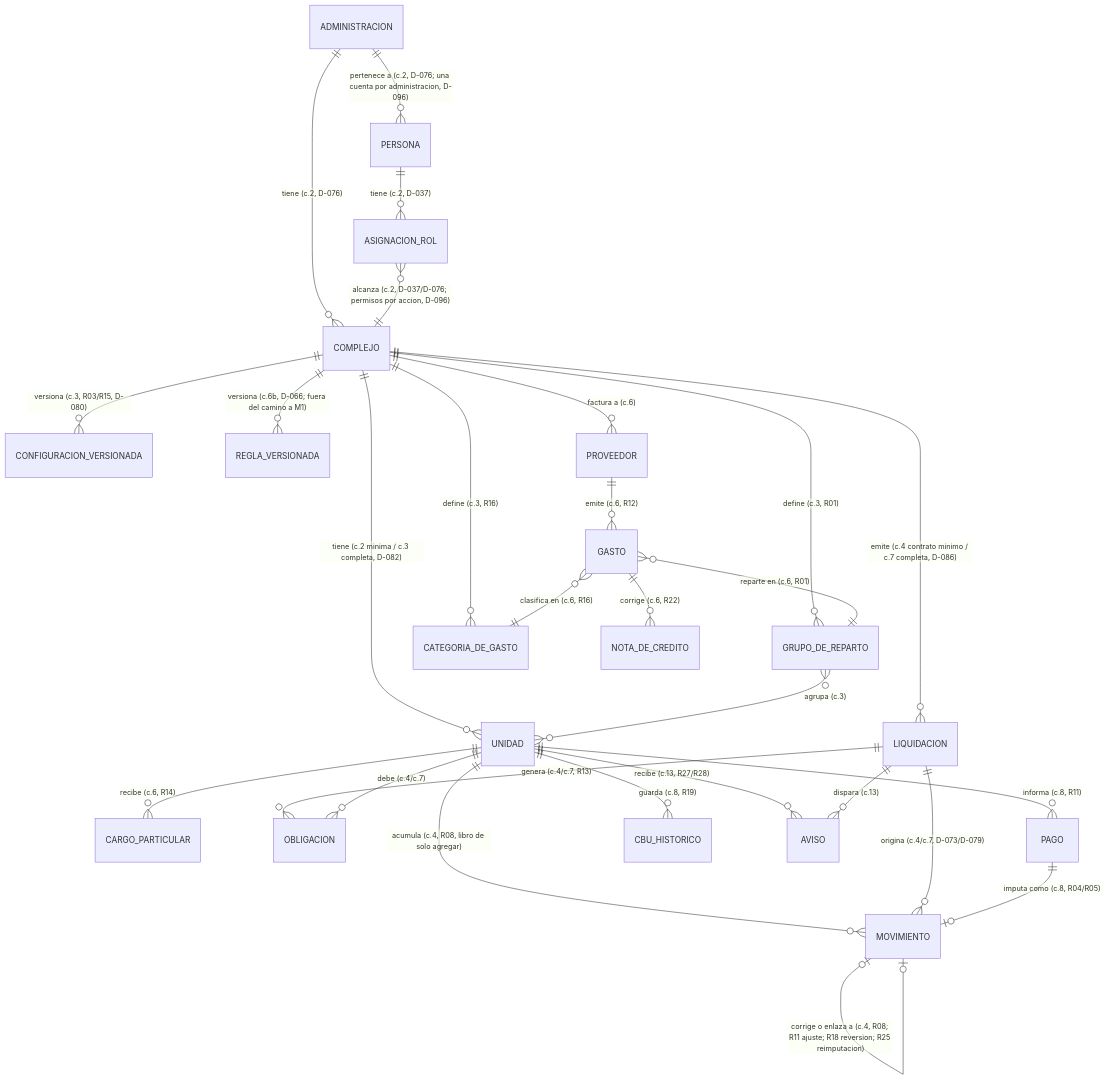
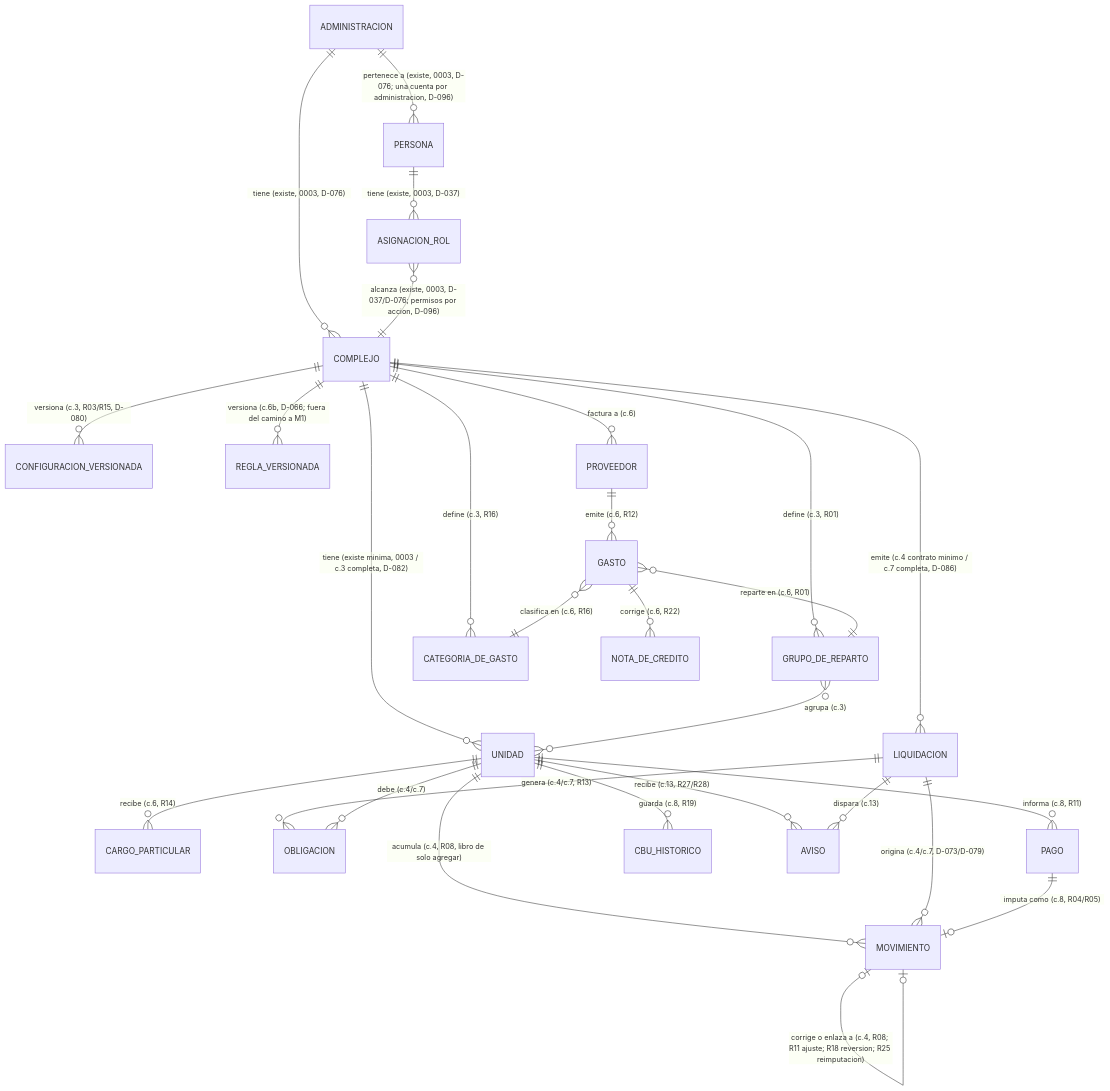
Before and after one commit to JuaniSarmiento/proptech: the second of 2 diagrams in knowledge-base/04_modelo_de_datos.md, drawn with Mermaid. The commit also changed other lines of this file and 27 other files, not shown here.

First line of the commit message:
docs(openspec): archivar el 2a aislamiento-por-administracion (D-098)

````diff
--- a/knowledge-base/04_modelo_de_datos.md
+++ b/knowledge-base/04_modelo_de_datos.md
@@ -53,30 +63,30 @@
 ```mermaid
 erDiagram
-    ADMINISTRACION ||--o{ COMPLEJO : "tiene (c.2, D-076)"
-    ADMINISTRACION ||--o{ PERSONA : "pertenece a (c.2, D-076; una cuenta por administracion, D-096)"
-    COMPLEJO ||--o{ UNIDAD : "tiene (c.2 minima / c.3 completa, D-082)"
+    ADMINISTRACION ||--o{ COMPLEJO : "tiene (existe, 0003, D-076)"
+    ADMINISTRACION ||--o{ PERSONA : "pertenece a (existe, 0003, D-076; una cuenta por administracion, D-096)"
+    COMPLEJO ||--o{ UNIDAD : "tiene (existe minima, 0003 / c.3 completa, D-082)"
     COMPLEJO ||--o{ GRUPO_DE_REPARTO : "define (c.3, R01)"
     COMPLEJO ||--o{ CATEGORIA_DE_GASTO : "define (c.3, R16)"
     COMPLEJO ||--o{ CONFIGURACION_VERSIONADA : "versiona (c.3, R03/R15, D-080)"
     COMPLEJO ||--o{ REGLA_VERSIONADA : "versiona (c.6b, D-066; fuera del camino a M1)"
     GRUPO_DE_REPARTO }o--o{ UNIDAD : "agrupa (c.3)"
-    PERSONA ||--o{ ASIGNACION_ROL : "tiene (c.2, D-037)"
-    ASIGNACION_ROL }o--|| COMPLEJO : "alcanza (c.2, D-037/D-076; permisos por accion, D-096)"
+    PERSONA ||--o{ ASIGNACION_ROL : "tiene (existe, 0003, D-037)"
+    ASIGNACION_ROL }o--|| COMPLEJO : "alcanza (existe, 0003, D-037/D-076; permisos por accion, D-096)"
     COMPLEJO ||--o{ PROVEEDOR : "factura a (c.6)"
     PROVEEDOR ||--o{ GASTO : "emite (c.6, R12)"
     GASTO ||--o{ NOTA_DE_CREDITO : "corrige (c.6, R22)"
     GASTO }o--|| GRUPO_DE_REPARTO : "reparte en (c.6, R01)"
     GASTO }o--|| CATEGORIA_DE_GASTO : "clasifica en (c.6, R16)"
     UNIDAD ||--o{ CARGO_PARTICULAR : "recibe (c.6, R14)"
     COMPLEJO ||--o{ LIQUIDACION : "emite (c.4 contrato minimo / c.7 completa, D-086)"
     LIQUIDACION ||--o{ OBLIGACION : "genera (c.4/c.7, R13)"
     UNIDAD ||--o{ OBLIGACION : "debe (c.4/c.7)"
     UNIDAD ||--o{ MOVIMIENTO : "acumula (c.4, R08, libro de solo agregar)"
     LIQUIDACION ||--o{ MOVIMIENTO : "origina (c.4/c.7, D-073/D-079)"
     MOVIMIENTO |o--o| MOVIMIENTO : "corrige o enlaza a (c.4, R08; R11 ajuste; R18 reversion; R25 reimputacion)"
     UNIDAD ||--o{ PAGO : "informa (c.8, R11)"
     PAGO ||--o| MOVIMIENTO : "imputa como (c.8, R04/R05)"
     UNIDAD ||--o{ CBU_HISTORICO : "guarda (c.8, R19)"
     UNIDAD ||--o{ AVISO : "recibe (c.13, R27/R28)"
     LIQUIDACION ||--o{ AVISO : "dispara (c.13)"
 ```
````
